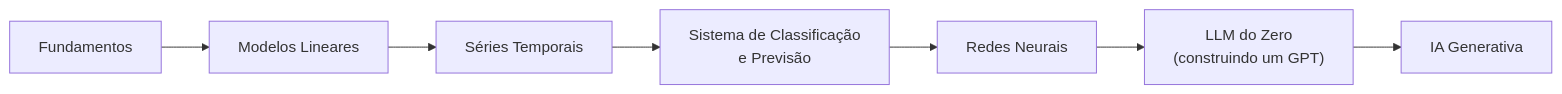
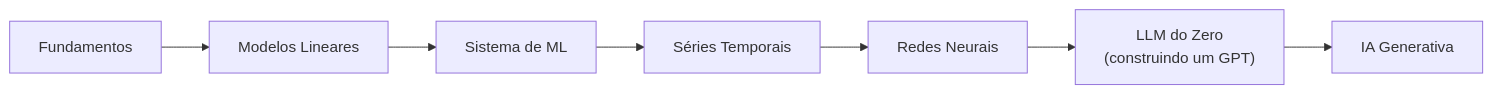
The diagram in docs/README.md (klein-natan/nanodegree-AI-Atitus), drawn with Mermaid before and after one commit. The commit also changed other lines of this file and 45 other files, not shown here.

````diff
--- a/docs/README.md
+++ b/docs/README.md
@@ -72,9 +72,9 @@
 ```mermaid
 flowchart LR
     Z[Fundamentos] --> A[Modelos Lineares]
-    A --> B[Séries Temporais]
-    B --> C["Sistema de Classificação<br/>e Previsão"]
+    A --> B["Sistema de ML"]
+    B --> C[Séries Temporais]
     C --> D[Redes Neurais]
     D --> E["LLM do Zero<br/>(construindo um GPT)"]
     E --> F[IA Generativa]
 ```
````
